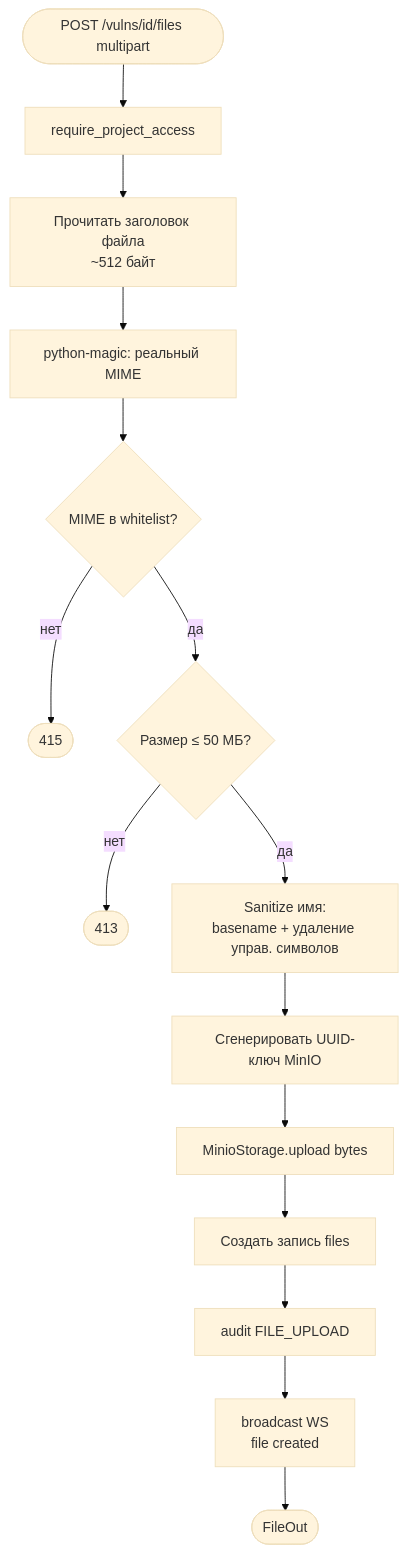
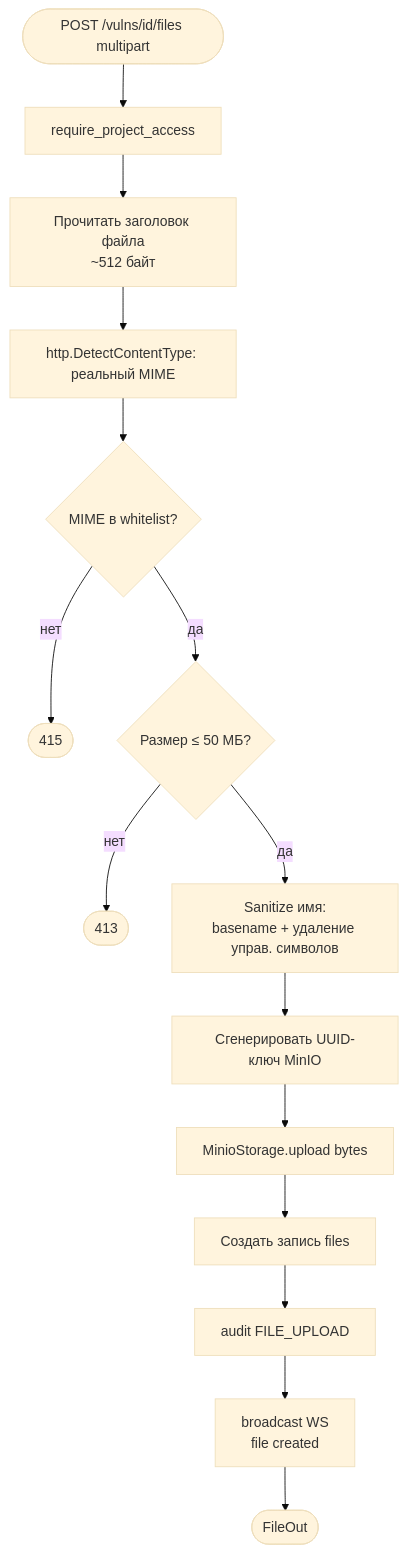
One commit to nkolomiika/FROST changed the seventh of 9 diagrams in docs/GOST_34_DOCUMENTATION.md. Above: the diagram before and after it, drawn with Mermaid (base theme). The commit also changed other lines of this file and 11 other files, not shown here.

````diff
--- a/docs/GOST_34_DOCUMENTATION.md
+++ b/docs/GOST_34_DOCUMENTATION.md
@@ -950,17 +953,17 @@
 ```mermaid
 flowchart TD
     A([POST /vulns/id/files multipart]) --> B[require_project_access]
     B --> C[Прочитать заголовок файла<br/>~512 байт]
-    C --> D[python-magic: реальный MIME]
+    C --> D[http.DetectContentType: реальный MIME]
     D --> E{MIME в whitelist?}
     E -- "нет" --> X1([415])
     E -- "да" --> F{Размер ≤ 50 МБ?}
     F -- "нет" --> X2([413])
     F -- "да" --> G[Sanitize имя:<br/>basename + удаление управ. символов]
     G --> H[Сгенерировать UUID-ключ MinIO]
     H --> I[MinioStorage.upload bytes]
     I --> J[Создать запись files]
     J --> K[audit FILE_UPLOAD]
     K --> L[broadcast WS<br/>file created]
     L --> M([FileOut])
 ```
````
